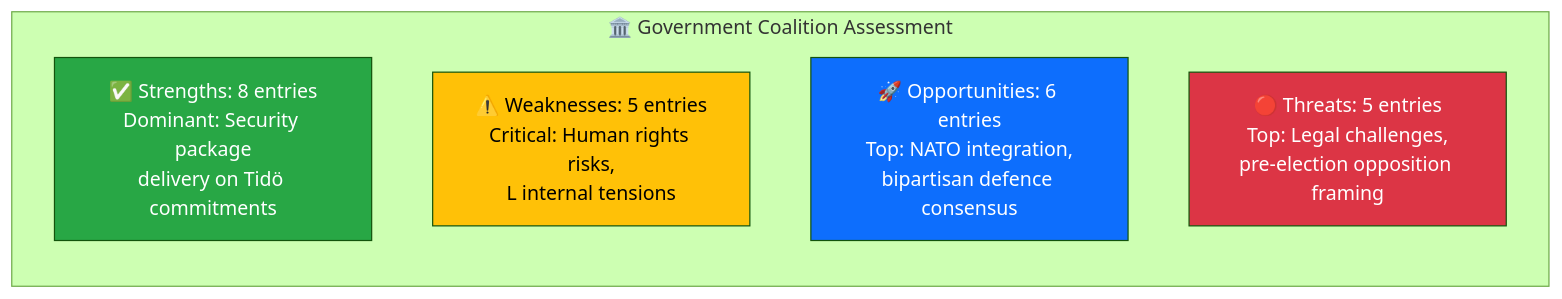
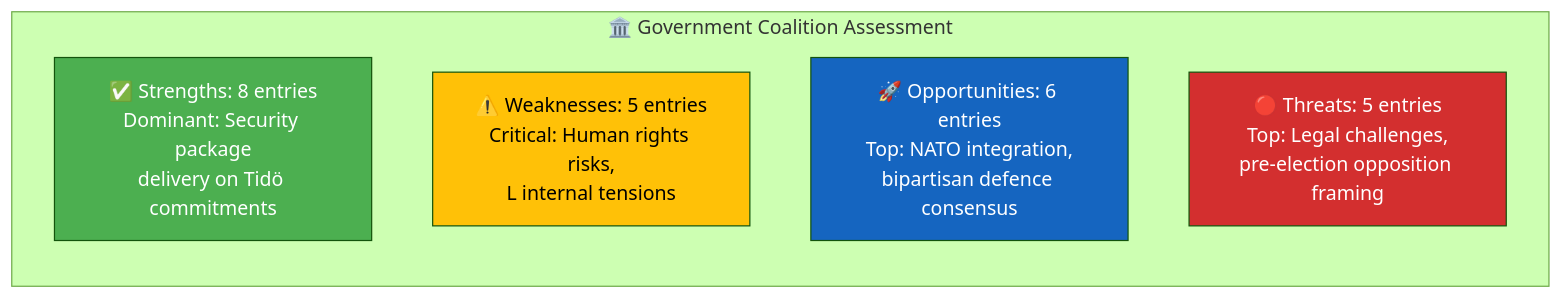
One commit to Hack23/riksdagsmonitor changed the second of 2 diagrams in analysis/daily/2026-04-01/synthesis-summary.md. Above: the diagram before and after it, drawn with Mermaid (forest theme). The commit also changed other lines of this file and 785 other files, not shown here.

First line of the commit message:
Normalize mermaid colors across 786 analysis artifacts to ISMS Style Guide palette

````diff
--- a/analysis/daily/2026-04-01/synthesis-summary.md
+++ b/analysis/daily/2026-04-01/synthesis-summary.md
@@ -78,14 +78,14 @@
 ```mermaid
 graph LR
     subgraph "🏛️ Government Coalition Assessment"
         GS["✅ Strengths: 8 entries<br/>Dominant: Security package<br/>delivery on Tidö commitments"]
         GW["⚠️ Weaknesses: 5 entries<br/>Critical: Human rights risks,<br/>L internal tensions"]
         GO["🚀 Opportunities: 6 entries<br/>Top: NATO integration,<br/>bipartisan defence consensus"]
         GT["🔴 Threats: 5 entries<br/>Top: Legal challenges,<br/>pre-election opposition framing"]
     end
 
-    style GS fill:#28a745,color:#fff
-    style GW fill:#ffc107,color:#000
-    style GO fill:#0d6efd,color:#fff
-    style GT fill:#dc3545,color:#fff
+    style GS fill:#4CAF50,color:#FFFFFF
+    style GW fill:#FFC107,color:#000000
+    style GO fill:#1565C0,color:#FFFFFF
+    style GT fill:#D32F2F,color:#FFFFFF
 ```
````
